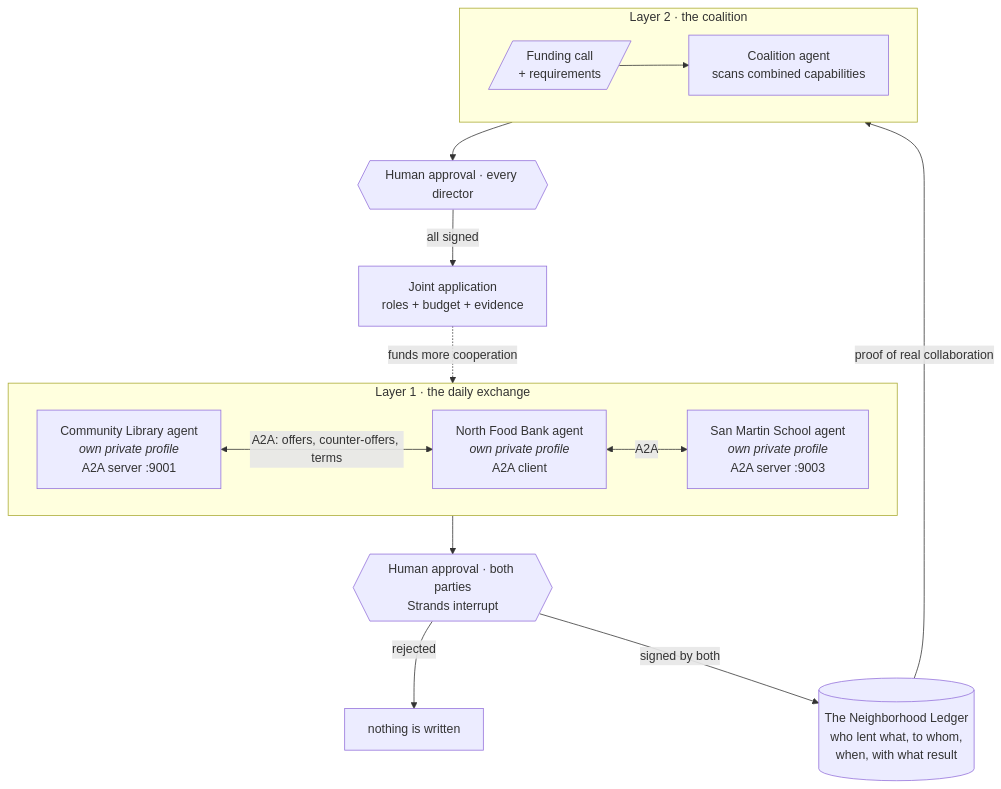
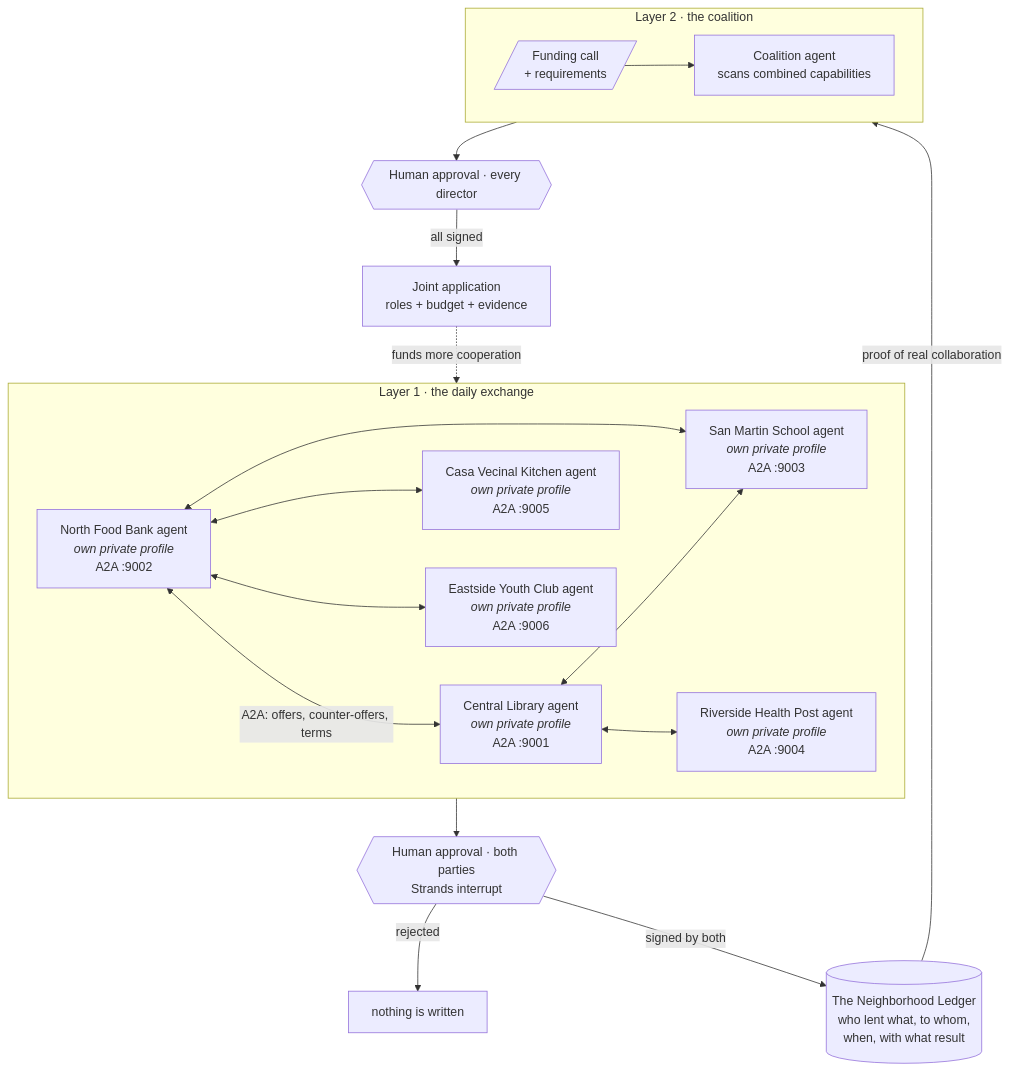
One commit to kasbsquall/barnraise changed the diagram in docs/ARCHITECTURE.md. Above: the diagram before and after it, drawn with Mermaid. The commit also changed other lines of this file and 1 other file, not shown here.

Commit message:
docs: the README describes the neighborhood that exists, not the one it had at three organizations
The quick start told a reader to bring up three A2A servers, the architecture
diagram drew three agents, and the demo table listed three organizations. There
are six, at real Pilsen addresses, and every port and profile now traces to
seed/network.json. The diagram's edges are the six links the ledger actually
holds, not a plausible drawing.

The eligibility figures are re-read from the deterministic scan rather than
carried over: no organization qualifies alone, the strongest covers 3 of 6 and
the weakest none, no pair qualifies, four of the twenty trios do, and the six
together reach 3,250 people. The old text said the three together reached 1,680.

test_pause_bound is listed, and the description of test_guards names the checks
it grew: an organization that is not a party, and a trade already live between
the same two organizations.

````diff
--- a/docs/ARCHITECTURE.md
+++ b/docs/ARCHITECTURE.md
@@ -10,25 +12,32 @@
 ```mermaid
 flowchart TB
     subgraph BARRIO["Layer 1 · the daily exchange"]
         direction LR
-        LIB["Community Library agent<br/><i>own private profile</i><br/>A2A server :9001"]
-        FB["North Food Bank agent<br/><i>own private profile</i><br/>A2A client"]
-        SCH["San Martin School agent<br/><i>own private profile</i><br/>A2A server :9003"]
-        LIB <-->|"A2A: offers, counter-offers, terms"| FB
-        FB <-->|"A2A"| SCH
+        LIB["Central Library agent<br/><i>own private profile</i><br/>A2A :9001"]
+        FB["North Food Bank agent<br/><i>own private profile</i><br/>A2A :9002"]
+        SCH["San Martin School agent<br/><i>own private profile</i><br/>A2A :9003"]
+        RH["Riverside Health Post agent<br/><i>own private profile</i><br/>A2A :9004"]
+        CV["Casa Vecinal Kitchen agent<br/><i>own private profile</i><br/>A2A :9005"]
+        EY["Eastside Youth Club agent<br/><i>own private profile</i><br/>A2A :9006"]
+        FB <-->|"A2A: offers, counter-offers, terms"| LIB
+        FB <--> SCH
+        FB <--> CV
+        FB <--> EY
+        LIB <--> SCH
+        LIB <--> RH
     end
 
     BARRIO --> GATE{{"Human approval · both parties<br/>Strands interrupt"}}
     GATE -->|rejected| VOID["nothing is written"]
     GATE -->|"signed by both"| LEDGER[("The Neighborhood Ledger<br/>who lent what, to whom,<br/>when, with what result")]
 
     subgraph COALICION["Layer 2 · the coalition"]
         direction LR
         GRANT[/"Funding call<br/>+ requirements"/] --> COAL["Coalition agent<br/>scans combined capabilities"]
     end
 
     LEDGER -->|"proof of real collaboration"| COAL
     COAL --> GATE2{{"Human approval · every director"}}
     GATE2 -->|"all signed"| APPLY["Joint application<br/>roles + budget + evidence"]
     APPLY -.->|"funds more cooperation"| BARRIO
 ```
````
